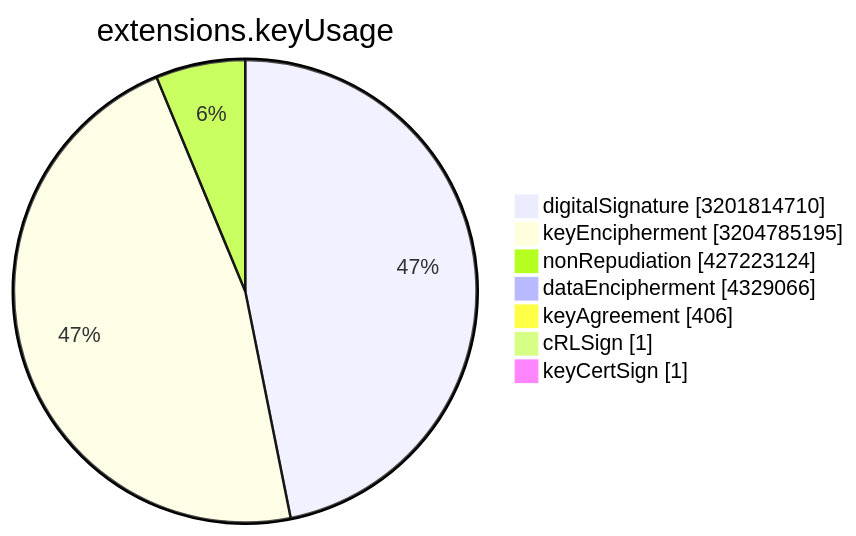
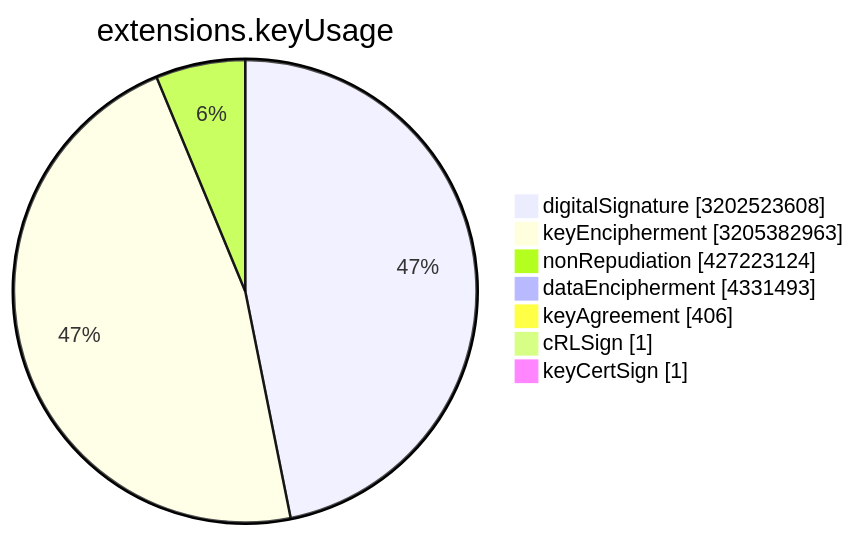
One commit to christiankrug/ctmonitor_visualization changed the sixth of 15 diagrams in TOTAL/README.md. Above: the diagram before and after it, drawn with Mermaid. The commit also changed other lines of this file, not shown here.

````diff
--- a/TOTAL/README.md
+++ b/TOTAL/README.md
@@ -3077,11 +3077,11 @@
 ```mermaid
 pie showData
 title extensions.keyUsage
-"digitalSignature" :3201814710
-"keyEncipherment" :3204785195
+"digitalSignature" :3202523608
+"keyEncipherment" :3205382963
 "nonRepudiation" :427223124
-"dataEncipherment" :4329066
+"dataEncipherment" :4331493
 "keyAgreement" :406
 "cRLSign" :1
 "keyCertSign" :1
 ```
````
